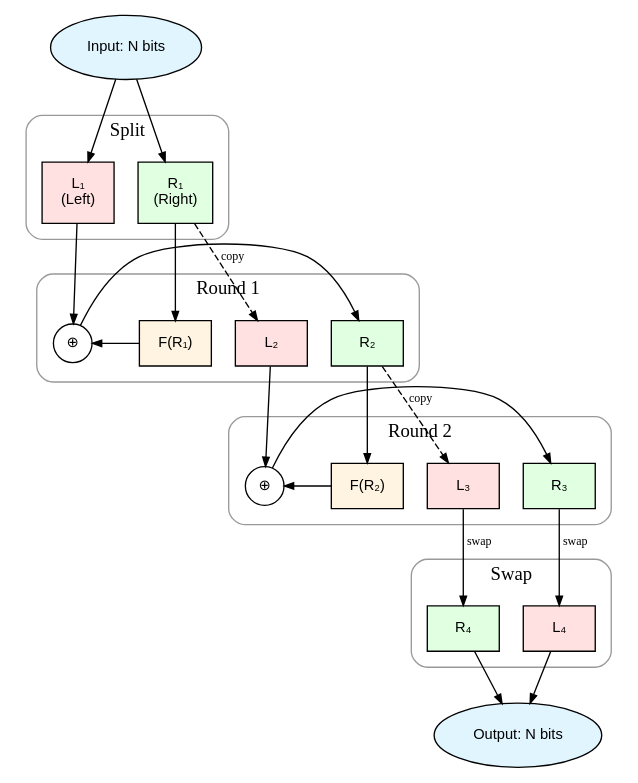
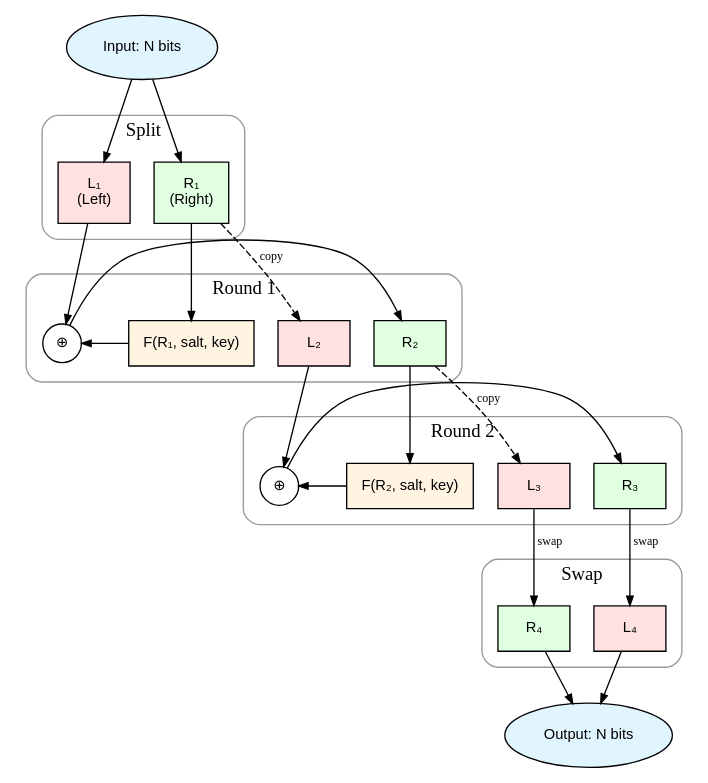
Before and after one commit to devall-org/feistel_cipher: the diagram in assets/feistel-diagram.dot, drawn with Graphviz. The commit also changed 1 other file, not shown here.

Commit message:
Update Feistel diagram to show F(R, salt, key) parameters

```diff
--- a/assets/feistel-diagram.dot
+++ b/assets/feistel-diagram.dot
@@ -1,84 +1,84 @@
 digraph feistel {
     rankdir=TB;
     node [shape=box, style=filled, fontname="Arial", fontsize=11, margin=0.15, height=0.4];
     edge [arrowsize=0.7];
     
     // Input
     input [label="Input: N bits", fillcolor="#e1f5ff", shape=ellipse];
     
     // Split
     subgraph cluster_0 {
         label="Split";
         style=rounded;
         color="#999999";
         margin=12;
         L1 [label="L₁\n(Left)", fillcolor="#ffe1e1"];
         R1 [label="R₁\n(Right)", fillcolor="#e1ffe1"];
         {rank=same; L1; R1;}
     }
     
     // Round 1
     subgraph cluster_1 {
         label="Round 1";
         style=rounded;
         color="#999999";
         margin=12;
         L2 [label="L₂", fillcolor="#ffe1e1"];
-        F1 [label="F(R₁)", fillcolor="#fff4e1"];
+        F1 [label="F(R₁, salt, key)", fillcolor="#fff4e1"];
         XOR1 [label="⊕", fillcolor="white", shape=circle, width=0.4, fixedsize=true];
         R2 [label="R₂", fillcolor="#e1ffe1"];
         {rank=same; L2; F1; XOR1; R2;}
     }
     
     // Round 2
     subgraph cluster_2 {
         label="Round 2";
         style=rounded;
         color="#999999";
         margin=12;
         L3 [label="L₃", fillcolor="#ffe1e1"];
-        F2 [label="F(R₂)", fillcolor="#fff4e1"];
+        F2 [label="F(R₂, salt, key)", fillcolor="#fff4e1"];
         XOR2 [label="⊕", fillcolor="white", shape=circle, width=0.4, fixedsize=true];
         R3 [label="R₃", fillcolor="#e1ffe1"];
         {rank=same; L3; F2; XOR2; R3;}
     }
     
     // Swap
     subgraph cluster_3 {
         label="Swap";
         style=rounded;
         color="#999999";
         margin=12;
         L4 [label="L₄", fillcolor="#ffe1e1"];
         R4 [label="R₄", fillcolor="#e1ffe1"];
         {rank=same; L4; R4;}
     }
     
     // Output
     output [label="Output: N bits", fillcolor="#e1f5ff", shape=ellipse];
     
     // Connections
     input -> L1 [weight=2];
     input -> R1 [weight=2];
     
     // Round 1
     L1 -> XOR1;
     R1 -> F1;
     R1 -> L2 [style=dashed, label="copy", fontsize=9];
     F1 -> XOR1;
     XOR1 -> R2;
     
     // Round 2
     L2 -> XOR2;
     R2 -> F2;
     R2 -> L3 [style=dashed, label="copy", fontsize=9];
     F2 -> XOR2;
     XOR2 -> R3;
     
     // Swap
     L3 -> R4 [label="swap", fontsize=9];
     R3 -> L4 [label="swap", fontsize=9];
     
     L4 -> output [weight=2];
     R4 -> output [weight=2];
 }
```
